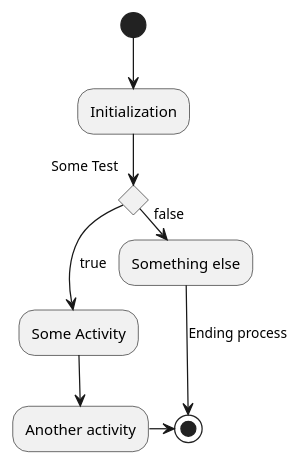
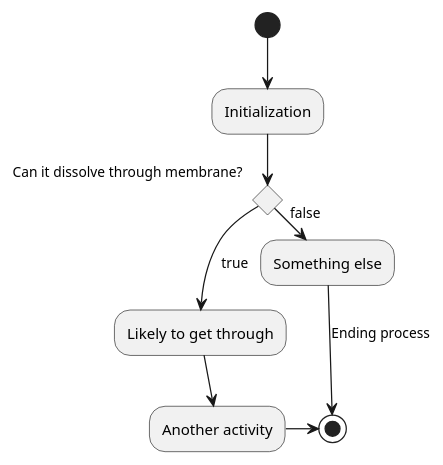
The diagram in Biology/Cell-Biology/Cell-Membrane.md (ashwinreddy/wiki), drawn with PlantUML before and after one commit.

Commit message:
Updated Cell%20Membrane (markdown)

```diff
--- a/Biology/Cell-Biology/Cell-Membrane.md
+++ b/Biology/Cell-Biology/Cell-Membrane.md
@@ -40,11 +40,11 @@
 @startuml
 (*) --> "Initialization"
-if "Some Test" then
-  -->[true] "Some Activity"
+if "Can it dissolve through membrane?" then
+  -->[true] "Likely to get through"
   --> "Another activity"
   -right-> (*)
 else
   ->[false] "Something else"
   -->[Ending process] (*)
 endif
 @enduml
```
